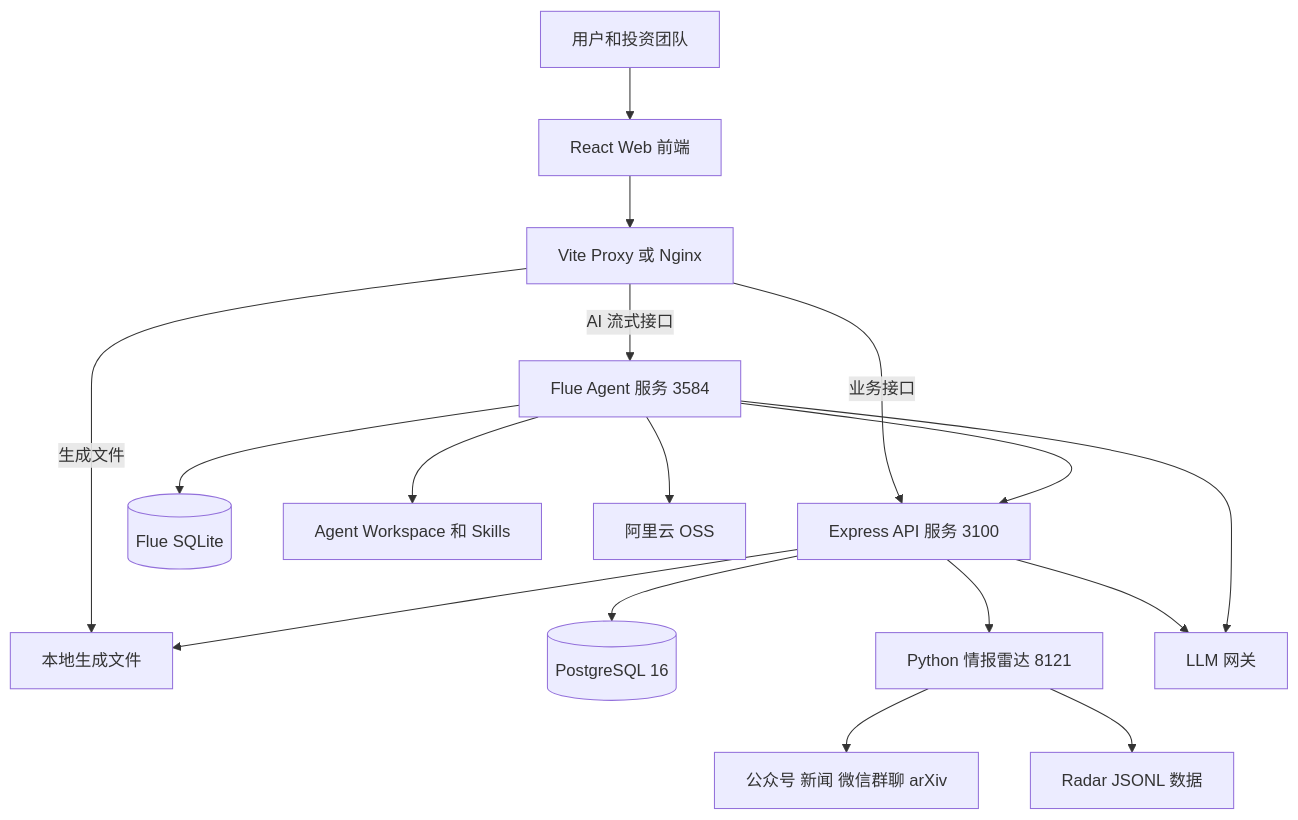
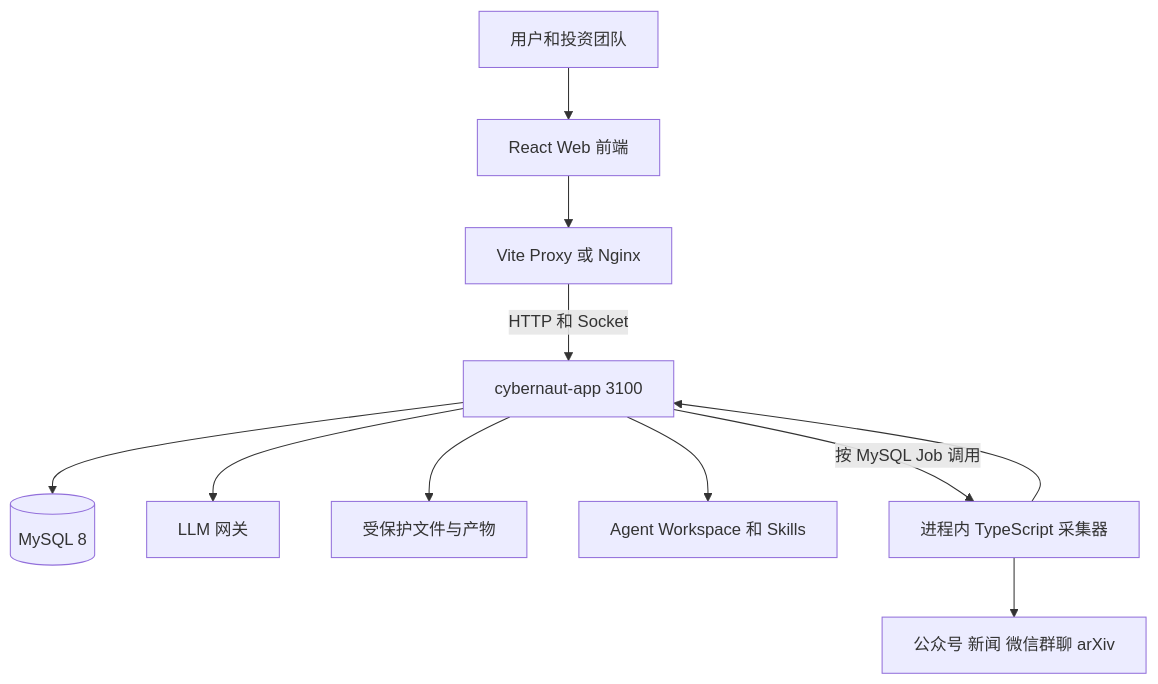
Before and after one commit to CusYojo/CNVC_OS: the first of 6 diagrams in docs/项目架构与技术交接文档.md, drawn with Mermaid. The commit also changed other lines of this file and 612 other files, not shown here.

````diff
--- a/docs/项目架构与技术交接文档.md
+++ b/docs/项目架构与技术交接文档.md
@@ -41,23 +42,14 @@
 ```mermaid
 graph TD
     U[用户和投资团队] --> WEB[React Web 前端]
     WEB --> ENTRY[Vite Proxy 或 Nginx]
 
-    ENTRY -->|业务接口| API[Express API 服务 3100]
-    ENTRY -->|AI 流式接口| FLUE[Flue Agent 服务 3584]
-    ENTRY -->|生成文件| FILES[本地生成文件]
-
-    API --> PG[(PostgreSQL 16)]
-    API --> RADAR[Python 情报雷达 8121]
-    API --> LLM[LLM 网关]
-    API --> FILES
-
-    FLUE --> LLM
-    FLUE --> API
-    FLUE --> SQLITE[(Flue SQLite)]
-    FLUE --> WORKSPACE[Agent Workspace 和 Skills]
-    FLUE --> OSS[阿里云 OSS]
-
+    ENTRY -->|HTTP 和 Socket| APP[cybernaut-app 3100]
+    APP --> MYSQL[(MySQL 8)]
+    APP --> LLM[LLM 网关]
+    APP --> FILES[受保护文件与产物]
+    APP --> WORKSPACE[Agent Workspace 和 Skills]
+    APP -->|按 MySQL Job 调用| RADAR[进程内 TypeScript 采集器]
     RADAR --> SOURCES[公众号 新闻 微信群聊 arXiv]
-    RADAR --> RADARDATA[Radar JSONL 数据]
+    RADAR --> APP
 ```
````
